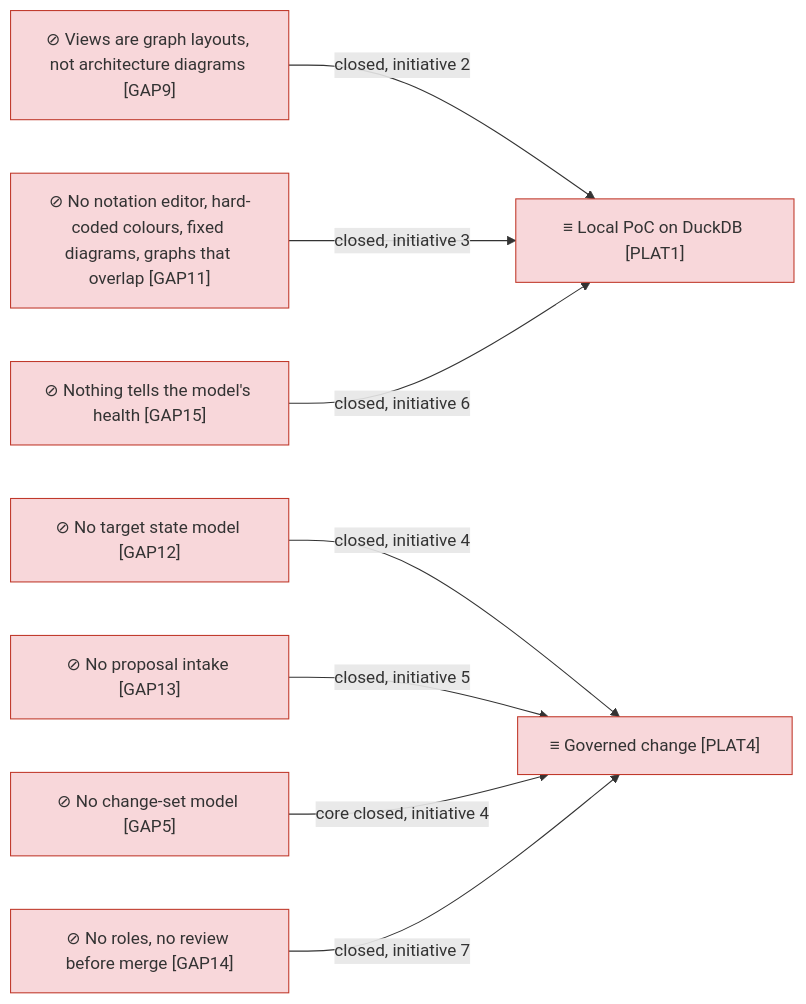
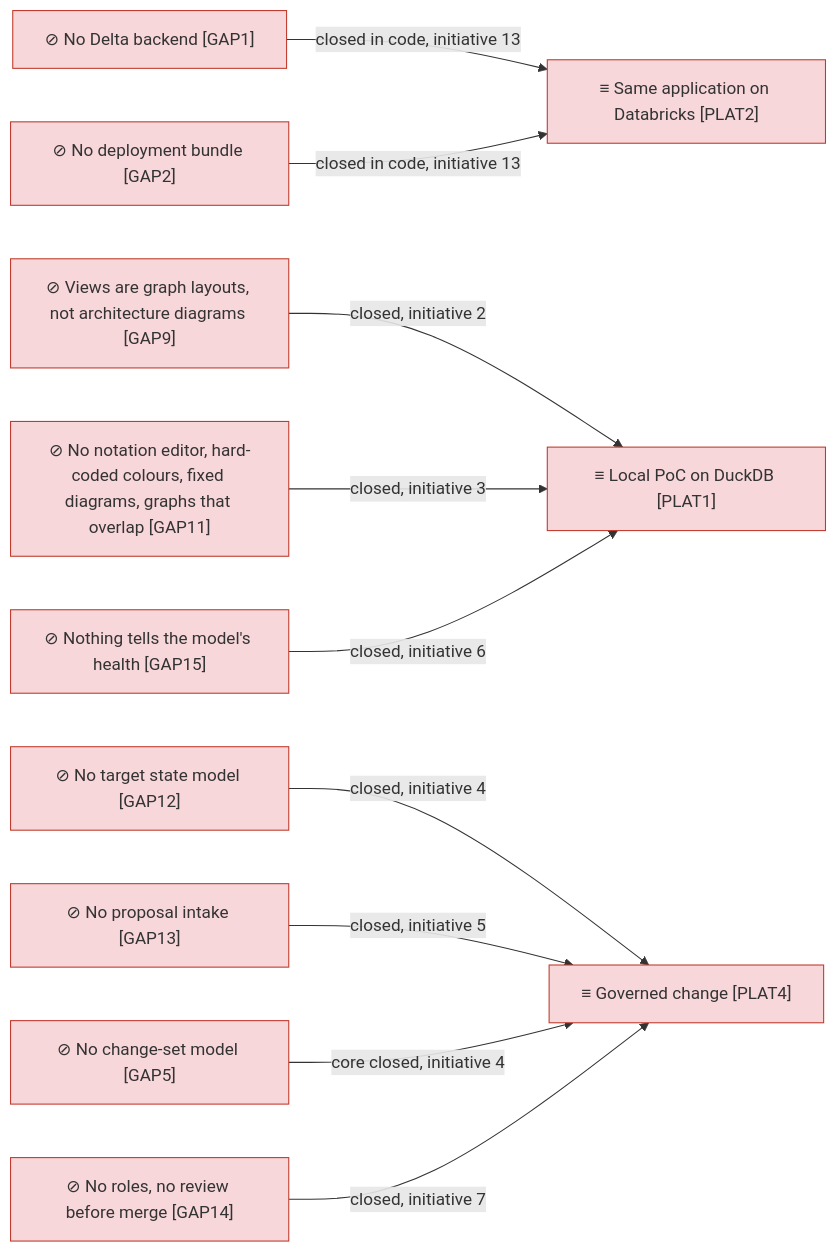
The fourth of 4 diagrams in architecture/6_transition/1_target-state.md (roanboc/dbx-enterprise-architecture), drawn with Mermaid before and after one commit. The commit also changed other lines of this file and 16 other files, not shown here.

First line of the commit message:
docs: initiative 13 aligned through the layers, the roadmap in flight, decisions 0011 and 0012

````diff
--- a/architecture/6_transition/1_target-state.md
+++ b/architecture/6_transition/1_target-state.md
@@ -99,21 +99,26 @@
 ```mermaid
 flowchart LR
   p1["≡ Local PoC on DuckDB [PLAT1]"]:::implementation
+  p2["≡ Same application on Databricks [PLAT2]"]:::implementation
   p4["≡ Governed change [PLAT4]"]:::implementation
+  g1["⊘ No Delta backend [GAP1]"]:::implementation
+  g2["⊘ No deployment bundle [GAP2]"]:::implementation
   g9["⊘ Views are graph layouts, not architecture diagrams [GAP9]"]:::implementation
   g11["⊘ No notation editor, hard-coded colours, fixed diagrams, graphs that overlap [GAP11]"]:::implementation
   g5["⊘ No change-set model [GAP5]"]:::implementation
   g12["⊘ No target state model [GAP12]"]:::implementation
   g13["⊘ No proposal intake [GAP13]"]:::implementation
   g14["⊘ No roles, no review before merge [GAP14]"]:::implementation
   g15["⊘ Nothing tells the model's health [GAP15]"]:::implementation
   g9 -->|closed, initiative 2| p1
   g11 -->|closed, initiative 3| p1
   g12 -->|closed, initiative 4| p4
   g13 -->|closed, initiative 5| p4
   g5 -->|core closed, initiative 4| p4
   g14 -->|closed, initiative 7| p4
   g15 -->|closed, initiative 6| p1
+  g1 -->|closed in code, initiative 13| p2
+  g2 -->|closed in code, initiative 13| p2
 
   classDef implementation fill:#f8d7da,stroke:#c0392b,color:#333
 ```
````
